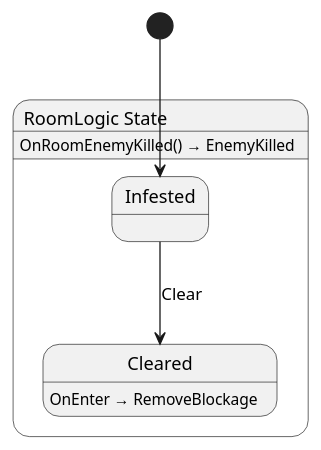
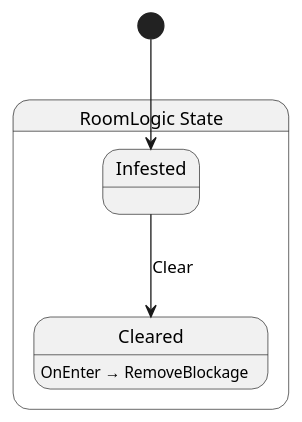
The diagram in src/rooms/Room.g.puml (nilsiker/godot-wild-jam-77), drawn with PlantUML before and after one commit. The commit also changed 32 other files, not shown here.

Commit message:
wip: game over screen, return to main menu, fix enemy check bug when multiple enemies are killed

```diff
--- a/src/rooms/Room.g.puml
+++ b/src/rooms/Room.g.puml
@@ -1,13 +1,12 @@
 @startuml RoomLogic
 state "RoomLogic State" as Nevergreen_RoomLogic_State {
   state "Infested" as Nevergreen_RoomLogic_State_Infested
   state "Cleared" as Nevergreen_RoomLogic_State_Cleared
 }
 
 Nevergreen_RoomLogic_State_Infested --> Nevergreen_RoomLogic_State_Cleared : Clear
 
-Nevergreen_RoomLogic_State : OnRoomEnemyKilled() → EnemyKilled
 Nevergreen_RoomLogic_State_Cleared : OnEnter → RemoveBlockage
 
 [*] --> Nevergreen_RoomLogic_State_Infested
 @enduml
```
